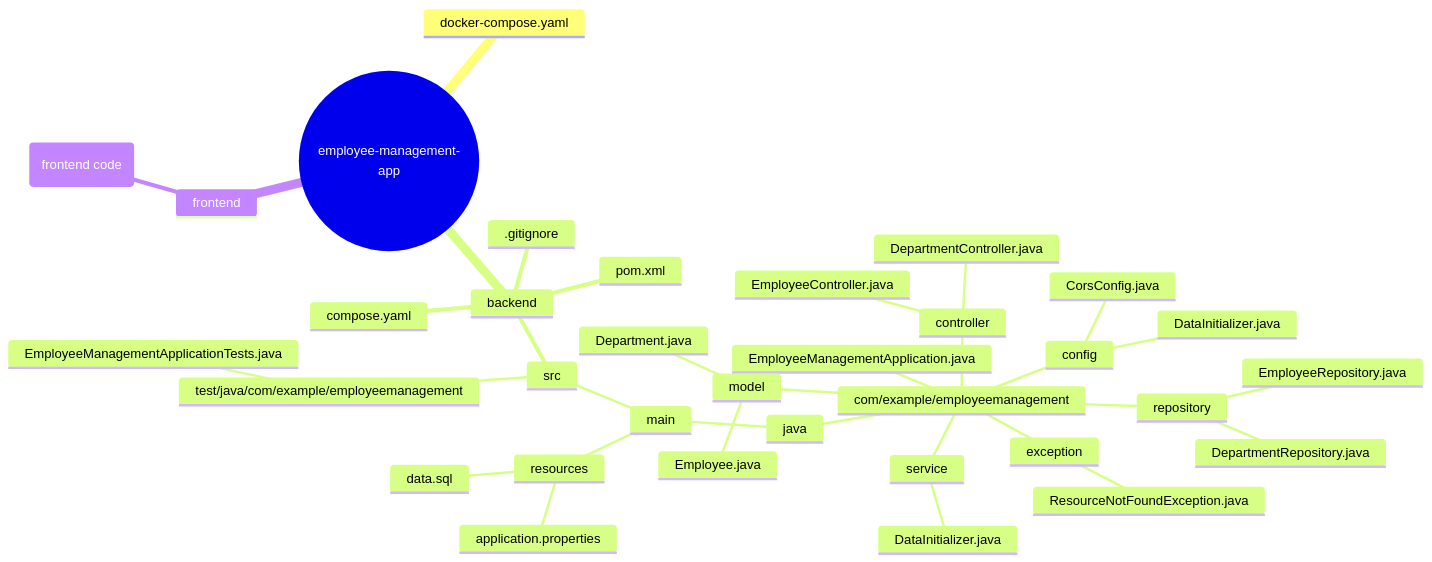
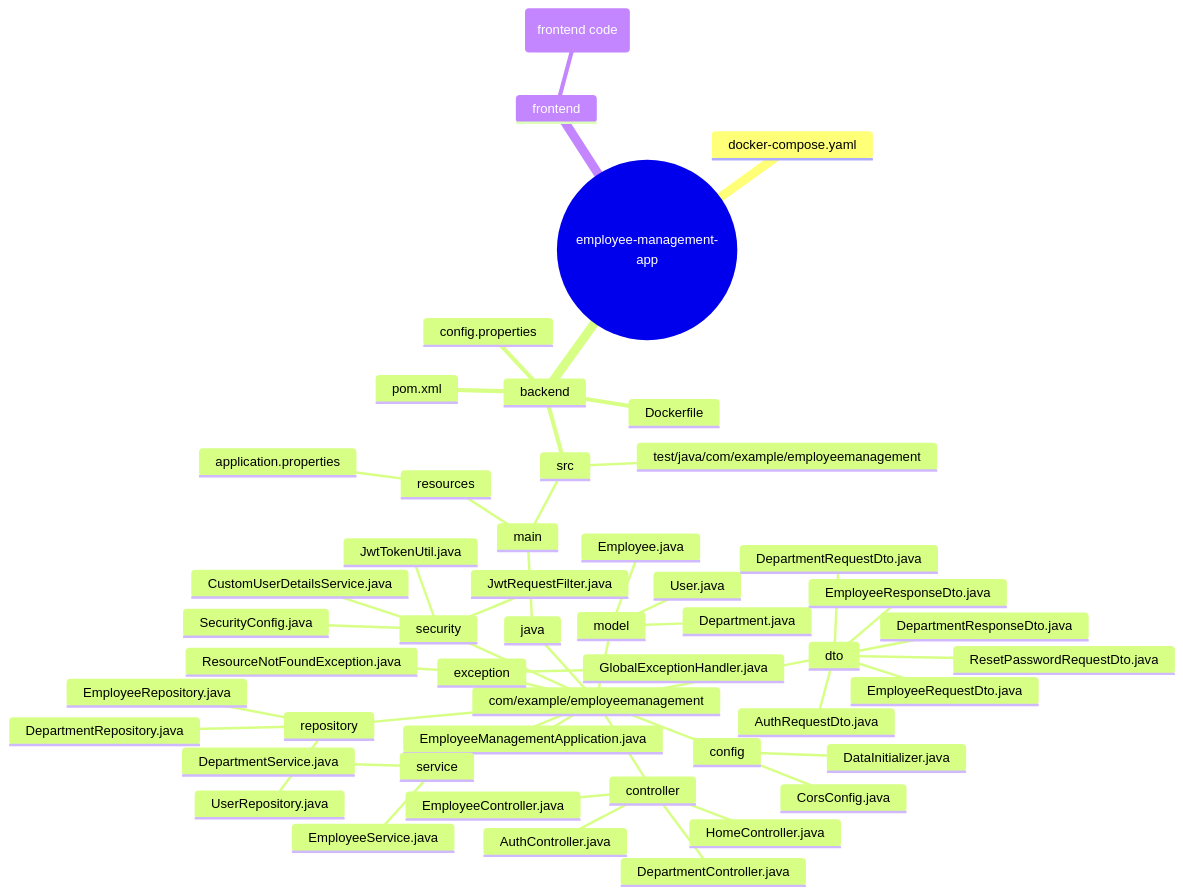
Before and after one commit to hoangsonww/Employee-Management-Fullstack-App: the diagram in backend/README.md, drawn with Mermaid. The commit also changed other lines of this file and 121 other files, not shown here.

````diff
--- a/backend/README.md
+++ b/backend/README.md
@@ -22,37 +25,53 @@
 ```mermaid
 mindmap
   root((employee-management-app))
     docker-compose.yaml
     backend
       src
         main
           java
             com/example/employeemanagement
               EmployeeManagementApplication.java
               config
                 CorsConfig.java
                 DataInitializer.java
               controller
+                AuthController.java
                 DepartmentController.java
                 EmployeeController.java
+                HomeController.java
+              dto
+                AuthRequestDto.java
+                DepartmentRequestDto.java
+                DepartmentResponseDto.java
+                EmployeeRequestDto.java
+                EmployeeResponseDto.java
+                ResetPasswordRequestDto.java
+              exception
+                GlobalExceptionHandler.java
+                ResourceNotFoundException.java
               model
                 Department.java
                 Employee.java
+                User.java
               repository
                 DepartmentRepository.java
                 EmployeeRepository.java
+                UserRepository.java
+              security
+                CustomUserDetailsService.java
+                JwtRequestFilter.java
+                JwtTokenUtil.java
+                SecurityConfig.java
               service
-                DataInitializer.java
-              exception
-                ResourceNotFoundException.java
+                DepartmentService.java
+                EmployeeService.java
           resources
             application.properties
-            data.sql
         test/java/com/example/employeemanagement
-          EmployeeManagementApplicationTests.java
-      .gitignore
       pom.xml
-      compose.yaml
+      config.properties
+      Dockerfile
     frontend
       (frontend code)
 ```
````
